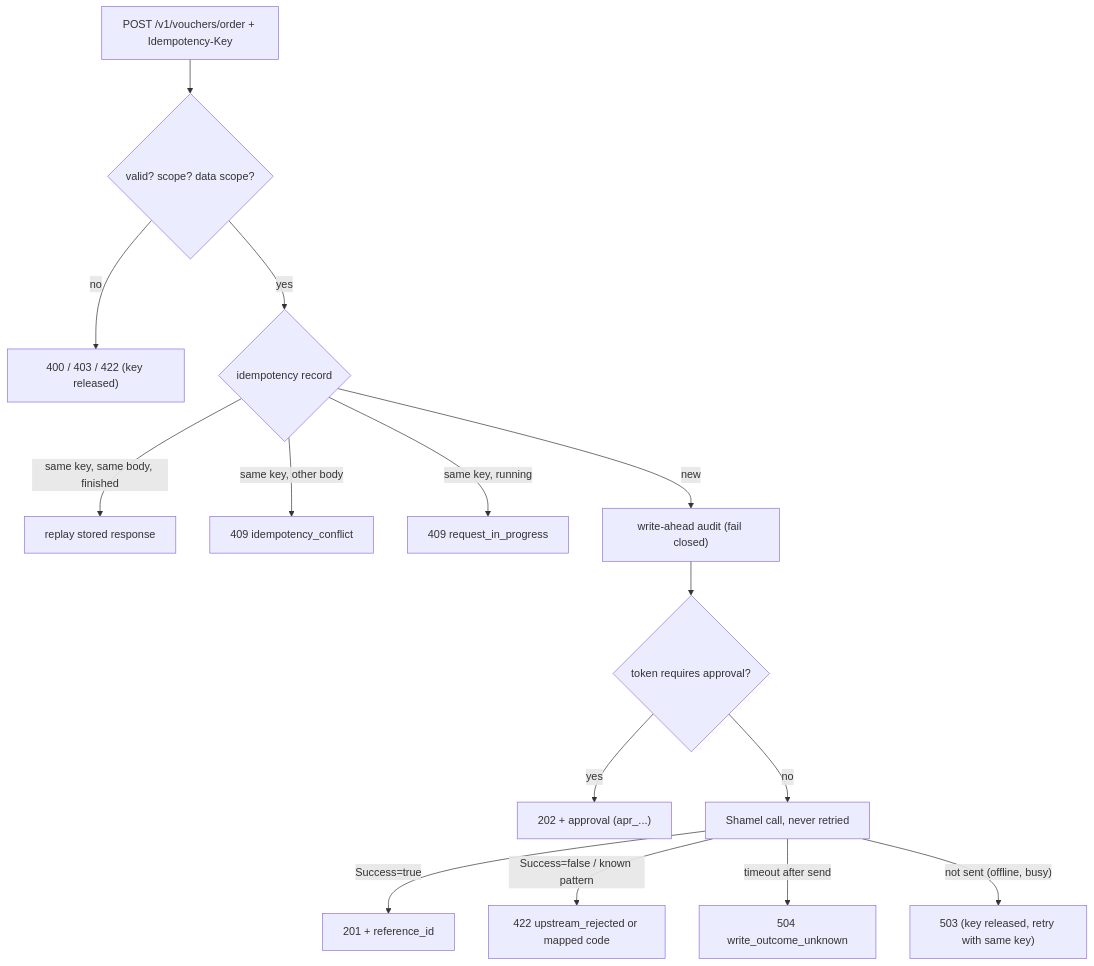
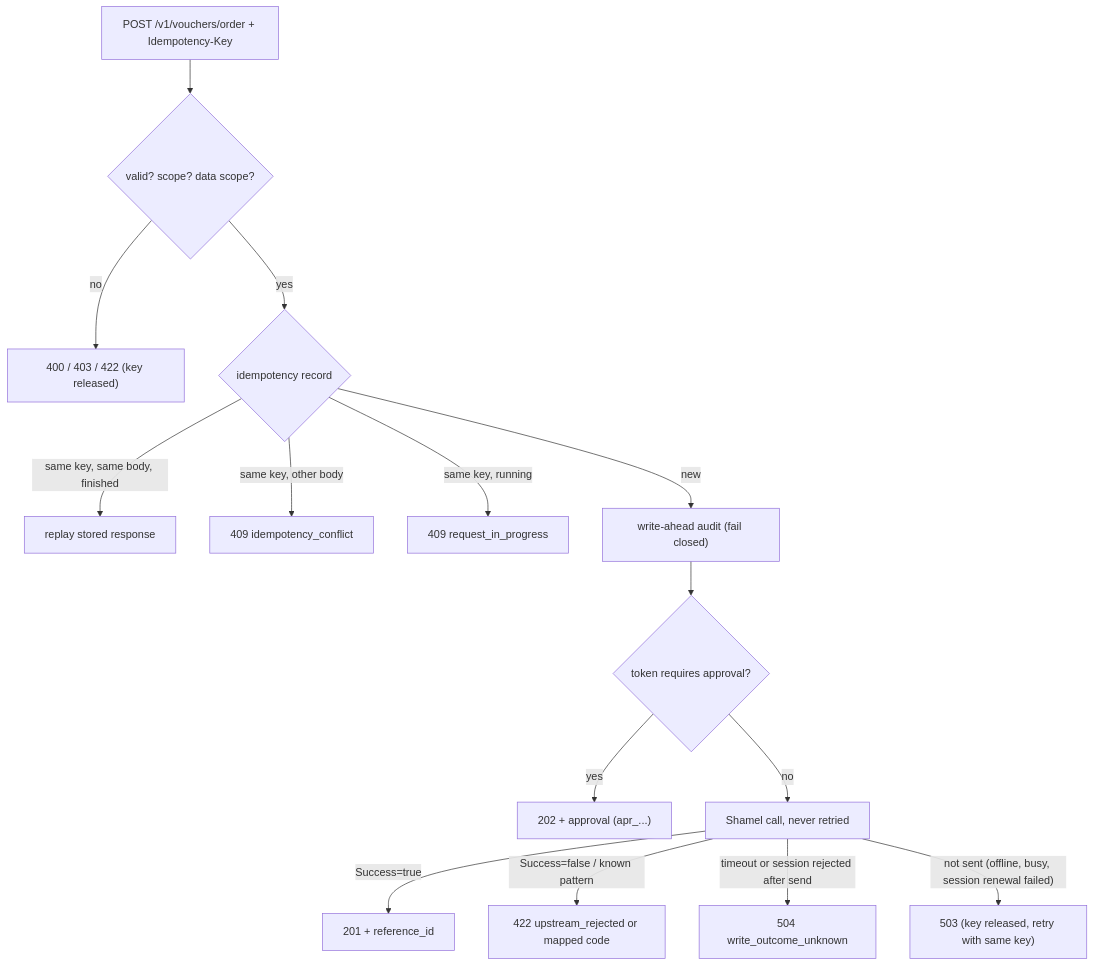
One commit to Web3Abbas/Shamel changed the second of 3 diagrams in docs/design/03-api.md. Above: the diagram before and after it, drawn with Mermaid. The commit also changed other lines of this file and 4 other files, not shown here.

First line of the commit message:
Reconcile ISCO numbering into doc 08 and finish architecture/operations alignment

````diff
--- a/docs/design/03-api.md
+++ b/docs/design/03-api.md
@@ -1762,17 +1766,17 @@
 ```mermaid
 flowchart TD
   a["POST /v1/vouchers/order + Idempotency-Key"] --> v{"valid? scope? data scope?"}
   v -->|no| e4["400 / 403 / 422 (key released)"]
   v -->|yes| k{"idempotency record"}
   k -->|"same key, same body, finished"| rp["replay stored response"]
   k -->|"same key, other body"| c409["409 idempotency_conflict"]
   k -->|"same key, running"| ip["409 request_in_progress"]
   k -->|new| wa["write-ahead audit (fail closed)"]
   wa --> ap{"token requires approval?"}
   ap -->|yes| h202["202 + approval (apr_...)"]
   ap -->|no| up["Shamel call, never retried"]
   up -->|Success=true| c201["201 + reference_id"]
   up -->|"Success=false / known pattern"| r422["422 upstream_rejected or mapped code"]
-  up -->|"timeout after send"| u504["504 write_outcome_unknown"]
-  up -->|"not sent (offline, busy)"| s503["503 (key released, retry with same key)"]
+  up -->|"timeout or session rejected after send"| u504["504 write_outcome_unknown"]
+  up -->|"not sent (offline, busy, session renewal failed)"| s503["503 (key released, retry with same key)"]
 ```
````
